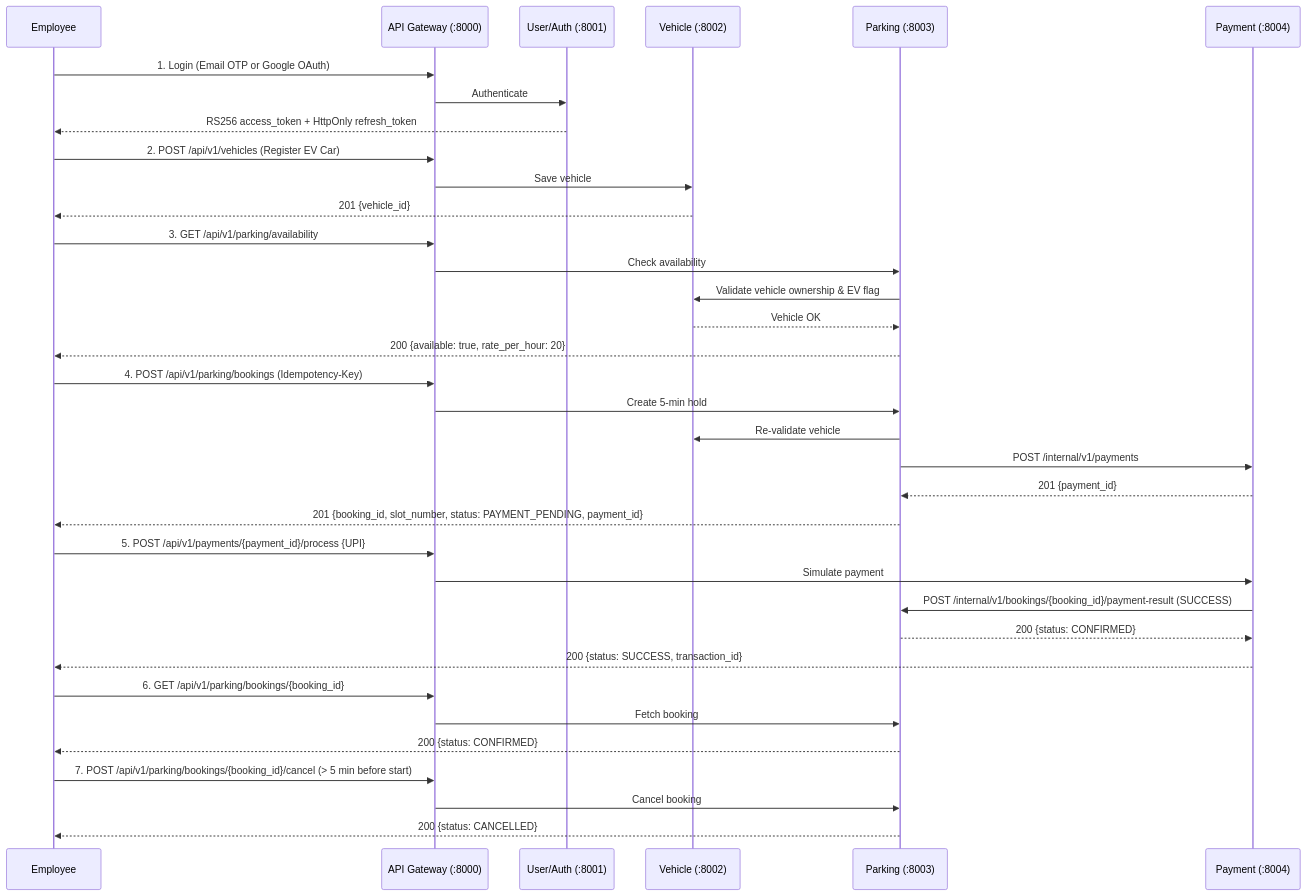
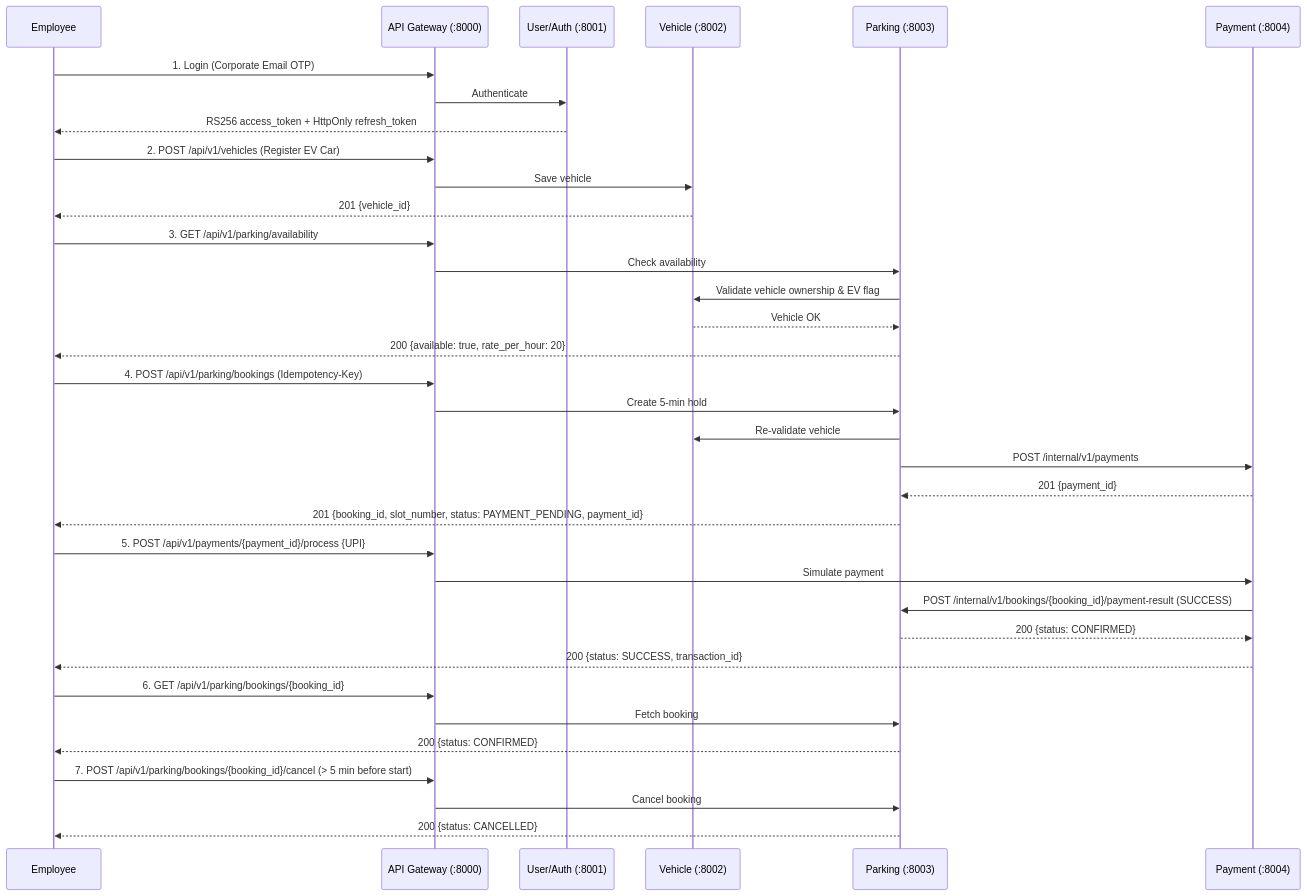
One commit to sufiyansayyed19/myProject changed the eighth of 8 diagrams in coding/API-FLOWS.md. Above: the diagram before and after it, drawn with Mermaid. The commit also changed other lines of this file and 14 other files, not shown here.

````diff
--- a/coding/API-FLOWS.md
+++ b/coding/API-FLOWS.md
@@ -293,44 +270,44 @@
 ```mermaid
 sequenceDiagram
     participant U as Employee
     participant GW as API Gateway (:8000)
     participant A as User/Auth (:8001)
     participant V as Vehicle (:8002)
     participant P as Parking (:8003)
     participant PAY as Payment (:8004)
 
-    U->>GW: 1. Login (Email OTP or Google OAuth)
+    U->>GW: 1. Login (Corporate Email OTP)
     GW->>A: Authenticate
     A-->>U: RS256 access_token + HttpOnly refresh_token
 
     U->>GW: 2. POST /api/v1/vehicles (Register EV Car)
     GW->>V: Save vehicle
     V-->>U: 201 {vehicle_id}
 
     U->>GW: 3. GET /api/v1/parking/availability
     GW->>P: Check availability
     P->>V: Validate vehicle ownership & EV flag
     V-->>P: Vehicle OK
     P-->>U: 200 {available: true, rate_per_hour: 20}
 
     U->>GW: 4. POST /api/v1/parking/bookings (Idempotency-Key)
     GW->>P: Create 5-min hold
     P->>V: Re-validate vehicle
     P->>PAY: POST /internal/v1/payments
     PAY-->>P: 201 {payment_id}
     P-->>U: 201 {booking_id, slot_number, status: PAYMENT_PENDING, payment_id}
 
     U->>GW: 5. POST /api/v1/payments/{payment_id}/process {UPI}
     GW->>PAY: Simulate payment
     PAY->>P: POST /internal/v1/bookings/{booking_id}/payment-result (SUCCESS)
     P-->>PAY: 200 {status: CONFIRMED}
     PAY-->>U: 200 {status: SUCCESS, transaction_id}
 
     U->>GW: 6. GET /api/v1/parking/bookings/{booking_id}
     GW->>P: Fetch booking
     P-->>U: 200 {status: CONFIRMED}
 
     U->>GW: 7. POST /api/v1/parking/bookings/{booking_id}/cancel (> 5 min before start)
     GW->>P: Cancel booking
     P-->>U: 200 {status: CANCELLED}
 ```
````
